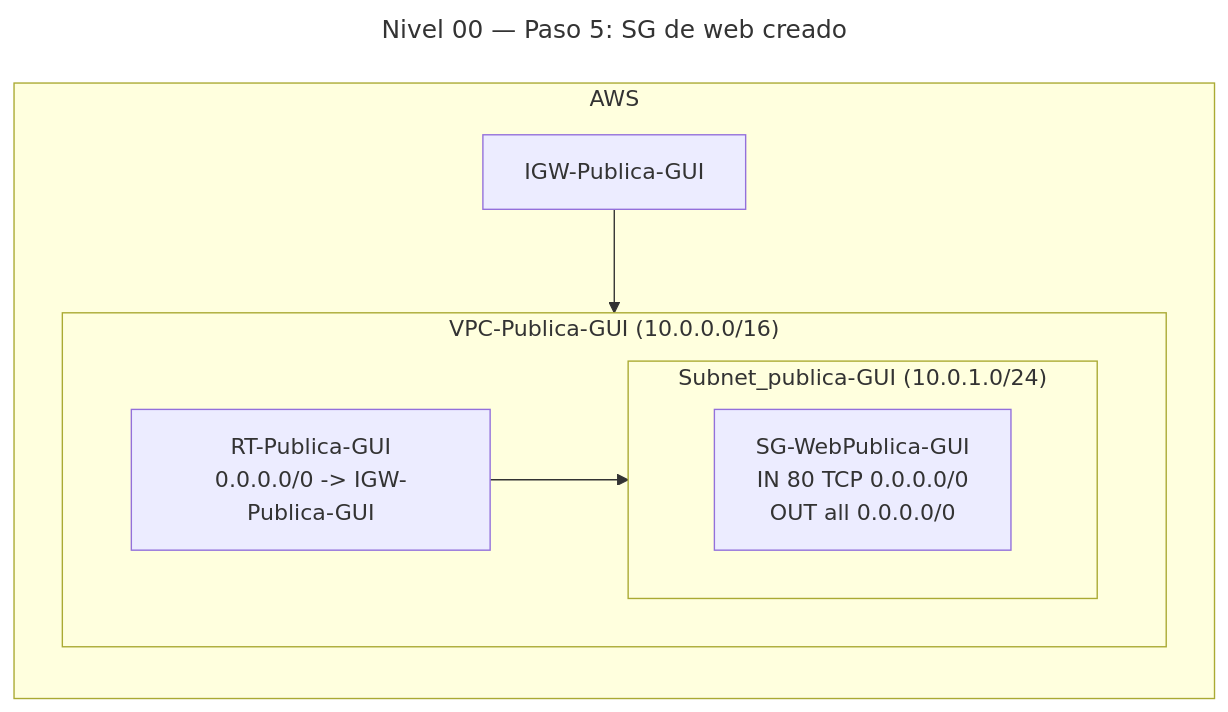
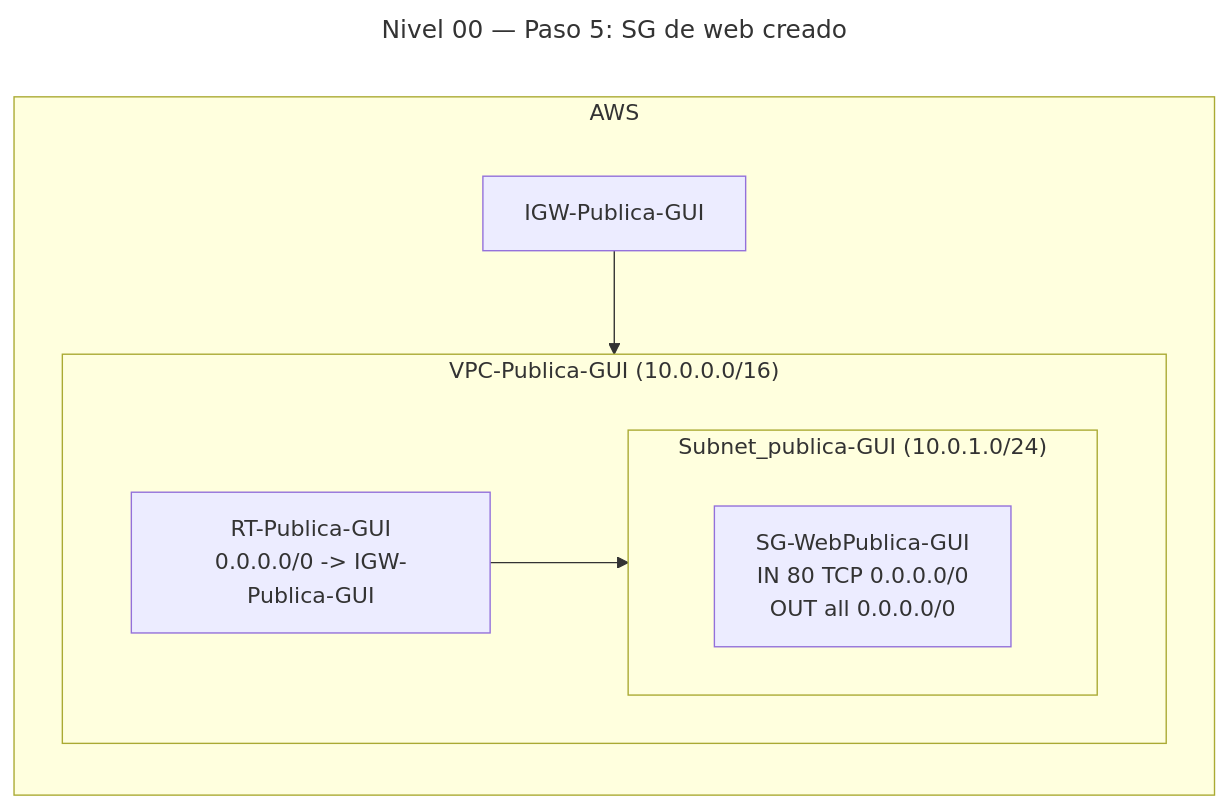
Before and after one commit to Marcos-SA-git/AWS-Certifications: the sixth of 8 diagrams in SAA-C03/es/Prácticas/🥉Fácil/Nivel-00.md, drawn with Mermaid. The commit also changed other lines of this file, not shown here.

Commit message:
Correction on mermaid schemes

````diff
--- a/SAA-C03/es/Prácticas/🥉Fácil/Nivel-00.md
+++ b/SAA-C03/es/Prácticas/🥉Fácil/Nivel-00.md
@@ -174,17 +186,21 @@
 ```mermaid
 ---
 title: "Nivel 00 — Paso 5: SG de web creado"
+config:
+  flowchart:
+    subGraphTitleMargin:
+      bottom: 20
 ---
 graph BT
 subgraph AWS[AWS]
   IGW[IGW-Publica-GUI]
   subgraph VPC["VPC-Publica-GUI (10.0.0.0/16)"]
     RT[RT-Publica-GUI<br>0.0.0.0/0 -> IGW-Publica-GUI]
     subgraph SUB["Subnet_publica-GUI (10.0.1.0/24)"]
       SG[SG-WebPublica-GUI<br>IN 80 TCP 0.0.0.0/0<br>OUT all 0.0.0.0/0]
     end
   end
 end
 IGW --> VPC
 RT --> SUB
 ```
````
